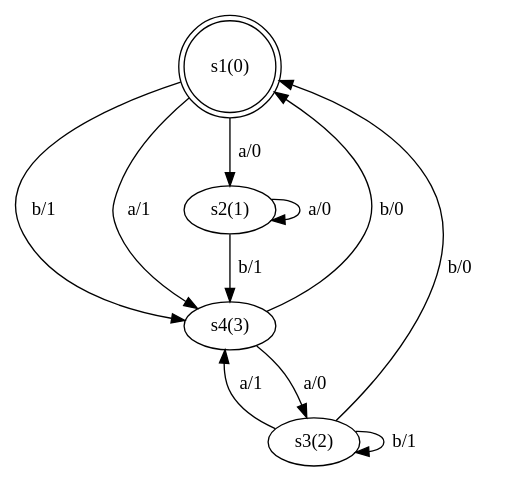
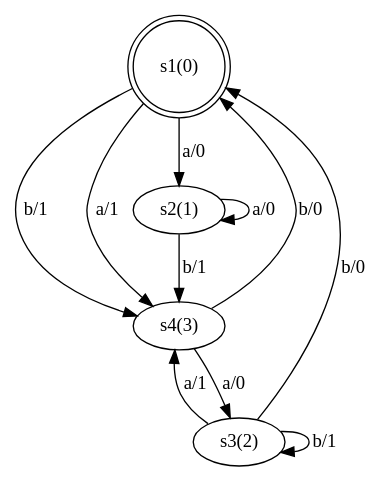
The diagram in resources/adaptive.dot (agbs-uni-bremen/fsmlib-cpp), drawn with Graphviz before and after one commit. The commit also changed 1 other file, not shown here.

```diff
--- a/resources/adaptive.dot
+++ b/resources/adaptive.dot
@@ -1,24 +1,24 @@
 digraph g {
 
 node [shape = circle]
 
 
 node [shape = doublecircle]
 0[label="s1(0)"];
 
 node [shape = ellipse]
 1[label="s2(1)"];
 2[label="s3(2)"];
 3[label="s4(3)"];
-0 -> 1[label=" a/0   "];
-0 -> 3[label=" b/1   "];
-0 -> 3[label=" a/1   "];
-1 -> 1[label=" a/0   "];
-1 -> 3[label=" b/1   "];
-2 -> 0[label=" b/0   "];
-2 -> 2[label=" b/1   "];
-2 -> 3[label=" a/1   "];
-3 -> 0[label=" b/0   "];
-3 -> 2[label=" a/0   "];
+0 -> 1[label="a/0"];
+0 -> 3[label="b/1"];
+0 -> 3[label="a/1"];
+1 -> 1[label="a/0"];
+1 -> 3[label="b/1"];
+2 -> 0[label="b/0"];
+2 -> 2[label="b/1"];
+2 -> 3[label="a/1"];
+3 -> 0[label="b/0"];
+3 -> 2[label="a/0"];
 
 }
```
